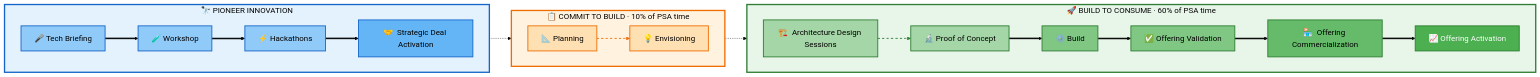
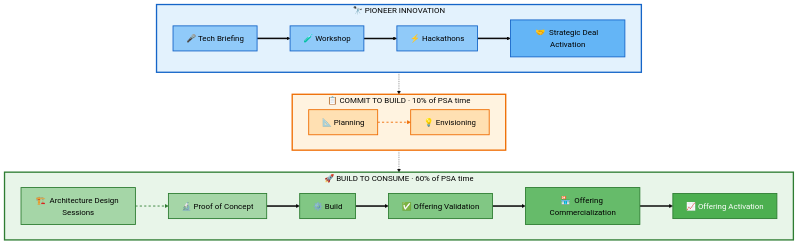
The diagram in HVE-PSA-GUIDANCE/hve-core-use-cases-for-psa.md (Arturo-Quiroga-MSFT/hypervelocity-engineering), drawn with Mermaid before and after one commit.

Commit message:
docs: stack GCPS diagram vertically for readability

````diff
--- a/HVE-PSA-GUIDANCE/hve-core-use-cases-for-psa.md
+++ b/HVE-PSA-GUIDANCE/hve-core-use-cases-for-psa.md
@@ -29,58 +29,56 @@
 ```mermaid
 %%{init: {'theme': 'base', 'themeVariables': {'fontSize': '18px', 'fontFamily': 'Segoe UI, Helvetica, Arial', 'primaryColor': '#E3F2FD'}}}%%
-graph LR
+graph TD
     subgraph pioneer ["🔭  PIONEER INNOVATION"]
         direction LR
         TB["🎤  Tech Briefing"]
         WS["🧪  Workshop"]
         HK["⚡  Hackathons"]
         SDA["🤝  Strategic Deal Activation"]
         TB ==> WS ==> HK ==> SDA
     end
 
     subgraph commit_stage ["📋  COMMIT TO BUILD  · 10% of PSA time"]
         direction LR
         PL["📐  Planning"]
         ENV["💡  Envisioning"]
         PL ==> ENV
     end
 
     subgraph build ["🚀  BUILD TO CONSUME  · 60% of PSA time"]
         direction LR
         ADS["🏗️  Architecture Design Sessions"]
         POC["🔬  Proof of Concept"]
         BLD["⚙️  Build"]
         OV["✅  Offering Validation"]
         OC["🏪  Offering Commercialization"]
         OA["📈  Offering Activation"]
         ADS ==> POC ==> BLD ==> OV ==> OC ==> OA
     end
 
-    SDA -.-> PL
-    ENV -.-> ADS
+    pioneer -.-> commit_stage -.-> build
 
     style pioneer fill:#E3F2FD,stroke:#1565C8,color:#000,stroke-width:3px
     style commit_stage fill:#FFF3E0,stroke:#EF6C00,color:#000,stroke-width:3px
     style build fill:#E8F5E9,stroke:#2E7D32,color:#000,stroke-width:3px
 
     style TB fill:#90CAF9,stroke:#1565C8,color:#000,stroke-width:2px
     style WS fill:#90CAF9,stroke:#1565C8,color:#000,stroke-width:2px
     style HK fill:#90CAF9,stroke:#1565C8,color:#000,stroke-width:2px
     style SDA fill:#64B5F6,stroke:#1565C8,color:#000,stroke-width:2px
 
     style PL fill:#FFE0B2,stroke:#EF6C00,color:#000,stroke-width:2px
     style ENV fill:#FFE0B2,stroke:#EF6C00,color:#000,stroke-width:2px
 
     style ADS fill:#A5D6A7,stroke:#2E7D32,color:#000,stroke-width:2px
     style POC fill:#A5D6A7,stroke:#2E7D32,color:#000,stroke-width:2px
     style BLD fill:#81C784,stroke:#2E7D32,color:#000,stroke-width:2px
     style OV fill:#81C784,stroke:#2E7D32,color:#000,stroke-width:2px
     style OC fill:#66BB6A,stroke:#2E7D32,color:#000,stroke-width:2px
     style OA fill:#4CAF50,stroke:#2E7D32,color:#fff,stroke-width:2px
-    style OV fill:#81C784,stroke:#2E7D32,color:#000
     style OC fill:#66BB6A,stroke:#2E7D32,color:#000
     style OA fill:#4CAF50,stroke:#2E7D32,color:#fff
 
     linkStyle 3 stroke:#EF6C00,stroke-width:2px,stroke-dasharray:5
     linkStyle 4 stroke:#2E7D32,stroke-width:2px,stroke-dasharray:5
 ```
````
